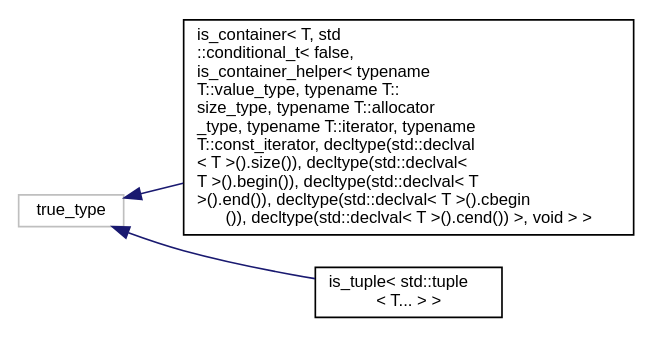
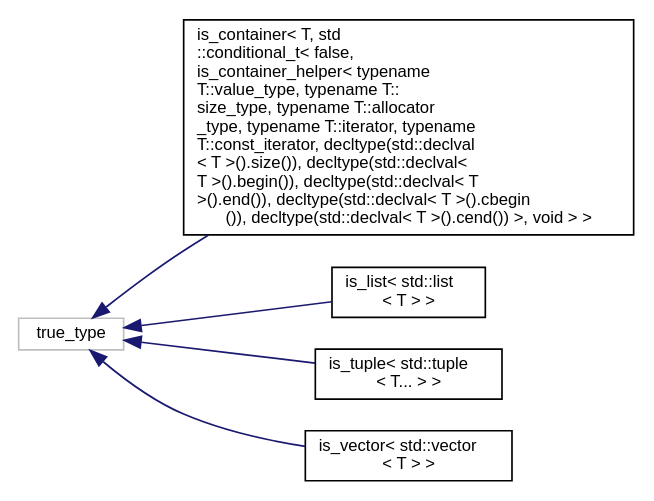
One commit to Rishat22/ConditionalIPAddressPrintingFunction changed the diagram in inherit_graph_2.dot. Above: the diagram before and after it, drawn with Graphviz. The commit also changed 38 other files, not shown here.

```diff
--- a/inherit_graph_2.dot
+++ b/inherit_graph_2.dot
@@ -1,12 +1,16 @@
 digraph "Graphical Class Hierarchy"
 {
  // LATEX_PDF_SIZE
   edge [fontname="Helvetica",fontsize="10",labelfontname="Helvetica",labelfontsize="10"];
   node [fontname="Helvetica",fontsize="10",shape=record];
   rankdir="LR";
   Node1 [label="true_type",height=0.2,width=0.4,color="grey75", fillcolor="white", style="filled",tooltip=" "];
   Node1 -> Node0 [dir="back",color="midnightblue",fontsize="10",style="solid",fontname="Helvetica"];
   Node0 [label="is_container\< T, std\l::conditional_t\< false,\l is_container_helper\< typename\l T::value_type, typename T::\lsize_type, typename T::allocator\l_type, typename T::iterator, typename\l T::const_iterator, decltype(std::declval\l\< T \>().size()), decltype(std::declval\<\l T \>().begin()), decltype(std::declval\< T\l \>().end()), decltype(std::declval\< T \>().cbegin\l()), decltype(std::declval\< T \>().cend()) \>, void \> \>",height=0.2,width=0.4,color="black", fillcolor="white", style="filled",URL="$structis__container_3_01T_00_01std_1_1conditional__t_3_01false_00_01is__container__helper_3_01ty98e374194158c5d4a93d6b9411b086ed.html",tooltip=" "];
   Node1 -> Node3 [dir="back",color="midnightblue",fontsize="10",style="solid",fontname="Helvetica"];
-  Node3 [label="is_tuple\< std::tuple\l\< T... \> \>",height=0.2,width=0.4,color="black", fillcolor="white", style="filled",URL="$structis__tuple_3_01std_1_1tuple_3_01T_8_8_8_01_4_01_4.html",tooltip=" "];
+  Node3 [label="is_list\< std::list\l\< T \> \>",height=0.2,width=0.4,color="black", fillcolor="white", style="filled",URL="$structis__list_3_01std_1_1list_3_01T_01_4_01_4.html",tooltip=" "];
+  Node1 -> Node4 [dir="back",color="midnightblue",fontsize="10",style="solid",fontname="Helvetica"];
+  Node4 [label="is_tuple\< std::tuple\l\< T... \> \>",height=0.2,width=0.4,color="black", fillcolor="white", style="filled",URL="$structis__tuple_3_01std_1_1tuple_3_01T_8_8_8_01_4_01_4.html",tooltip=" "];
+  Node1 -> Node5 [dir="back",color="midnightblue",fontsize="10",style="solid",fontname="Helvetica"];
+  Node5 [label="is_vector\< std::vector\l\< T \> \>",height=0.2,width=0.4,color="black", fillcolor="white", style="filled",URL="$structis__vector_3_01std_1_1vector_3_01T_01_4_01_4.html",tooltip=" "];
 }
```
